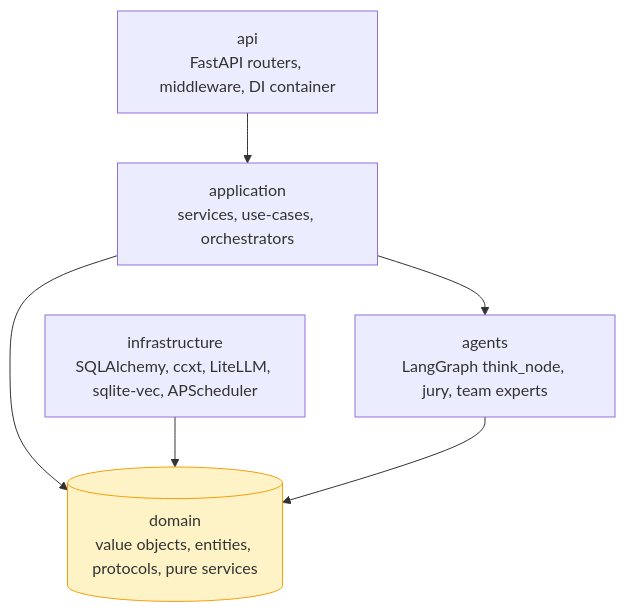
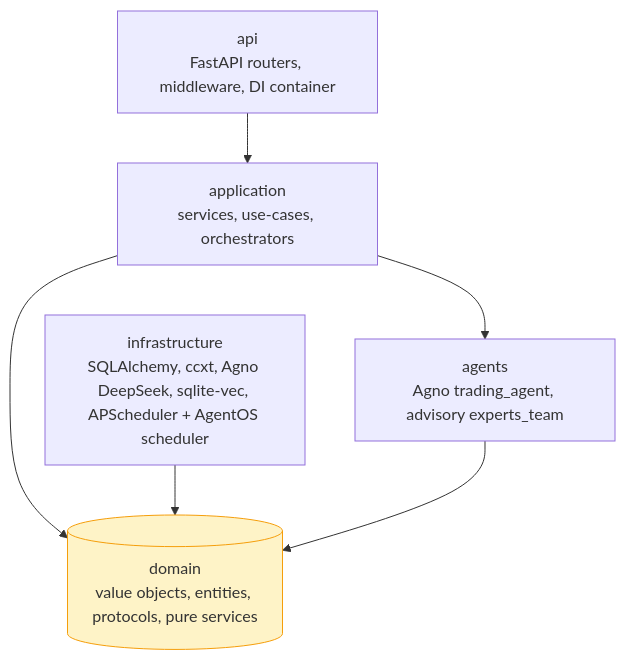
The first of 4 diagrams in docs/ARCHITECTURE.md (gong1414/omnitrade), drawn with Mermaid before and after one commit. The commit also changed other lines of this file and 21 other files, not shown here.

First line of the commit message:
feat(backend): wire Agno Team advisory + reap MCP subprocesses

````diff
--- a/docs/ARCHITECTURE.md
+++ b/docs/ARCHITECTURE.md
@@ -15,17 +15,17 @@
 ```mermaid
 flowchart TD
     api[api<br/>FastAPI routers, middleware, DI container]
     app[application<br/>services, use-cases, orchestrators]
     dom[(domain<br/>value objects, entities, protocols, pure services)]
-    infra[infrastructure<br/>SQLAlchemy, ccxt, LiteLLM, sqlite-vec, APScheduler]
-    agents[agents<br/>LangGraph think_node, jury, team experts]
+    infra[infrastructure<br/>SQLAlchemy, ccxt, Agno DeepSeek, sqlite-vec, APScheduler + AgentOS scheduler]
+    agents[agents<br/>Agno trading_agent, advisory experts_team]
 
     api --> app
     app --> dom
     app --> agents
     infra --> dom
     agents --> dom
 
     classDef dom fill:#fef3c7,stroke:#f59e0b
     class dom dom
 ```
````
